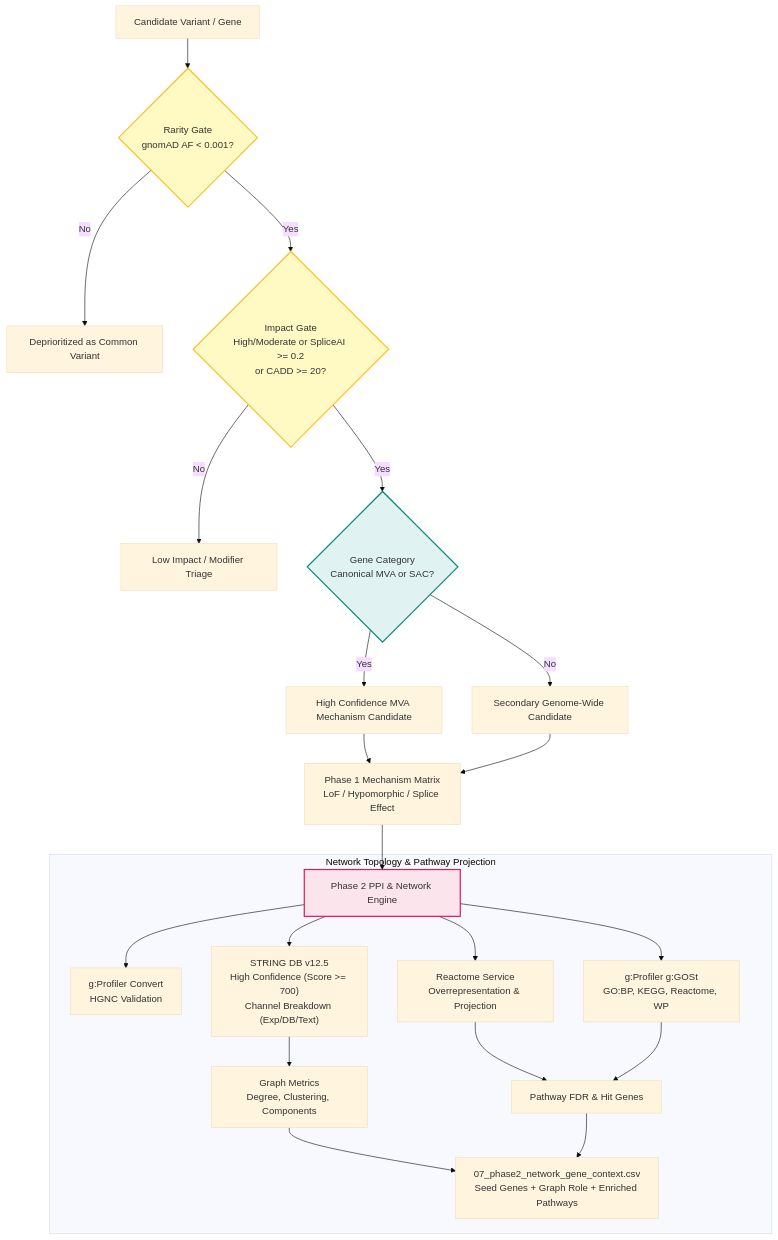
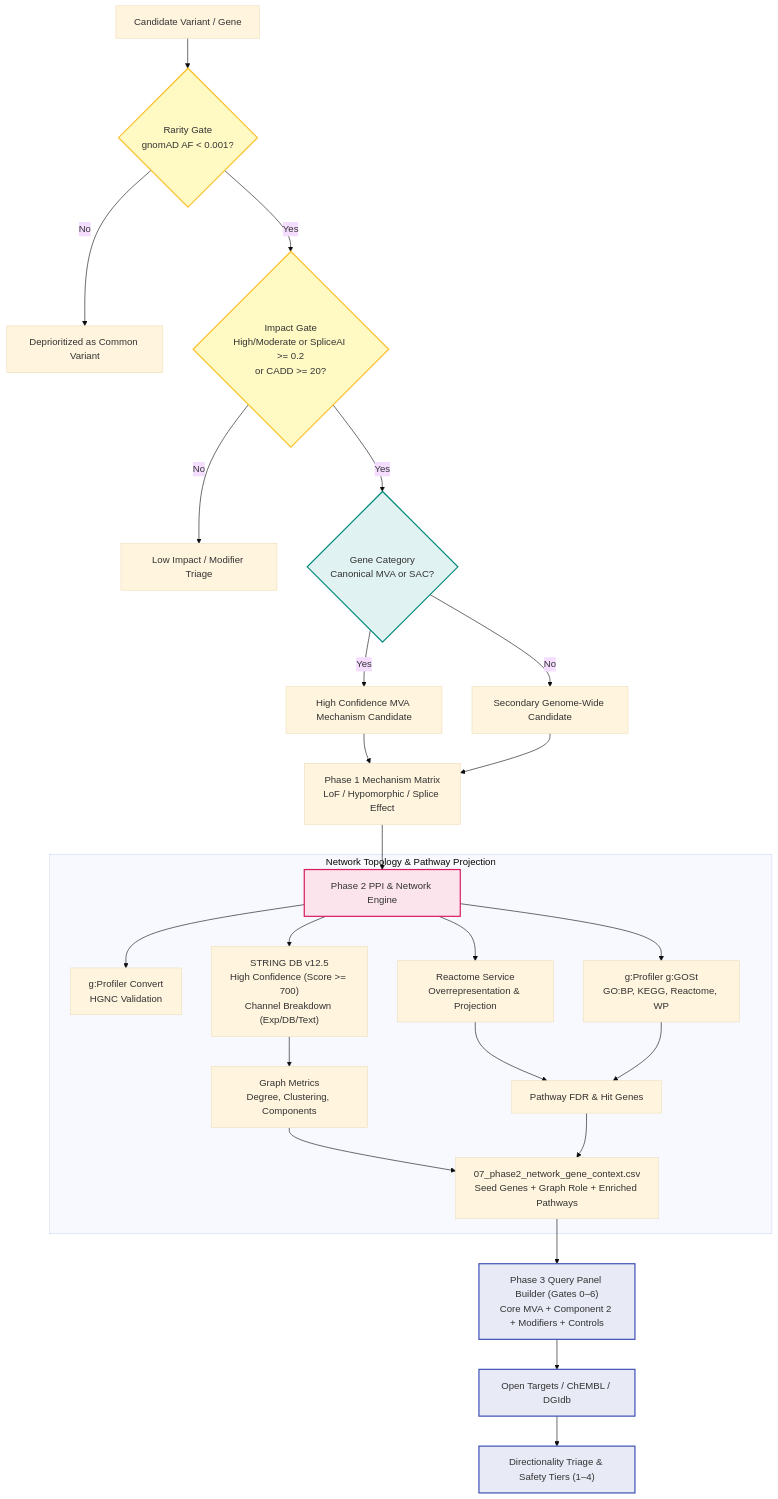
Before and after one commit to kaylaque/mva-hackathon: the second of 2 diagrams in docs/JOURNEY.md, drawn with Mermaid (base theme). The commit also changed other lines of this file and 21 other files, not shown here.

Commit message:
feat: add graph-derived Phase 3 query gene panel

````diff
--- a/docs/JOURNEY.md
+++ b/docs/JOURNEY.md
@@ -329,33 +809,38 @@
 ```mermaid
 graph TD
     classDef gateClass fill:#fff9c4,stroke:#fbc02d,stroke-width:2px;
     classDef decisionClass fill:#e0f2f1,stroke:#00897b,stroke-width:2px;
     classDef netClass fill:#fce4ec,stroke:#d81b60,stroke-width:2px;
+    classDef drugClass fill:#e8eaf6,stroke:#3f51b5,stroke-width:2px;
 
     Candidate["Candidate Variant / Gene"] --> GateRarity{"Rarity Gate<br/>gnomAD AF < 0.001?"}:::gateClass
 
     GateRarity -- No --> Deprioritize["Deprioritized as Common Variant"]
     GateRarity -- Yes --> GateImpact{"Impact Gate<br/>High/Moderate or SpliceAI >= 0.2<br/>or CADD >= 20?"}:::gateClass
 
     GateImpact -- No --> VUS["Low Impact / Modifier Triage"]
     GateImpact -- Yes --> GateCategory{"Gene Category<br/>Canonical MVA or SAC?"}:::decisionClass
 
     GateCategory -- Yes --> HighPriority["High Confidence MVA Mechanism Candidate"]
     GateCategory -- No --> SecondaryPriority["Secondary Genome-Wide Candidate"]
 
     HighPriority & SecondaryPriority --> Phase1Matrix["Phase 1 Mechanism Matrix<br/>LoF / Hypomorphic / Splice Effect"]
 
     Phase1Matrix --> Phase2Engine["Phase 2 PPI & Network Engine"]:::netClass
 
     subgraph Network_Context_Integration ["Network Topology & Pathway Projection"]
         Phase2Engine --> gConvert["g:Profiler Convert<br/>HGNC Validation"]
         Phase2Engine --> StringAPI["STRING DB v12.5<br/>High Confidence (Score >= 700)<br/>Channel Breakdown (Exp/DB/Text)"]
         Phase2Engine --> ReactomeAPI["Reactome Service<br/>Overrepresentation & Projection"]
         Phase2Engine --> gOSTAPI["g:Profiler g:GOSt<br/>GO:BP, KEGG, Reactome, WP"]
 
         StringAPI --> Topology["Graph Metrics<br/>Degree, Clustering, Components"]
         ReactomeAPI & gOSTAPI --> Enrichment["Pathway FDR & Hit Genes"]
 
         Topology & Enrichment --> ContextSynthesis["07_phase2_network_gene_context.csv<br/>Seed Genes + Graph Role + Enriched Pathways"]
     end
+
+    ContextSynthesis --> QueryPanelBuilder["Phase 3 Query Panel Builder (Gates 0–6)<br/>Core MVA + Component 2 + Modifiers + Controls"]:::drugClass
+    QueryPanelBuilder --> DrugEngines["Open Targets / ChEMBL / DGIdb"]:::drugClass
+    DrugEngines --> SafetyTiers["Directionality Triage & Safety Tiers (1–4)"]:::drugClass
 ```
````
